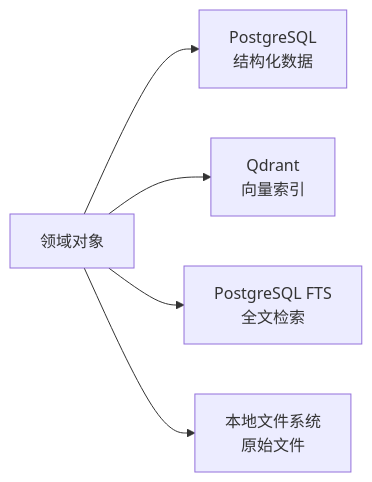
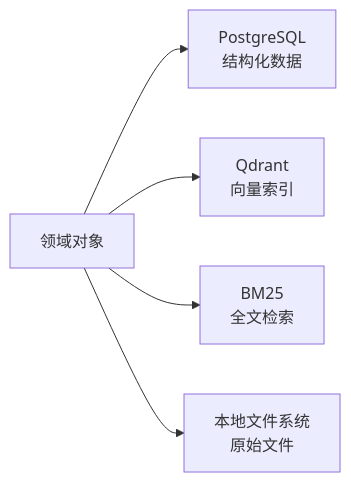
The diagram in doc/design/step-04-storage-design/04.01-storage-layer-mapping.md (YeZibn/MindWiki), drawn with Mermaid before and after one commit. The commit also changed other lines of this file and 15 other files, not shown here.

````diff
--- a/doc/design/step-04-storage-design/04.01-storage-layer-mapping.md
+++ b/doc/design/step-04-storage-design/04.01-storage-layer-mapping.md
@@ -49,7 +49,7 @@
 ```mermaid
 flowchart LR
     D["领域对象"] --> PG["PostgreSQL\n结构化数据"]
     D --> QD["Qdrant\n向量索引"]
-    D --> FTS["PostgreSQL FTS\n全文检索"]
+    D --> FTS["BM25\n全文检索"]
     D --> FS["本地文件系统\n原始文件"]
 ```
````
